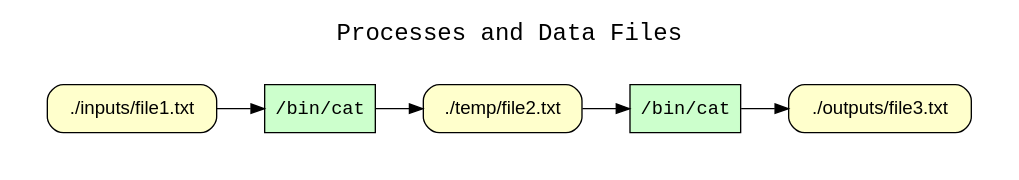
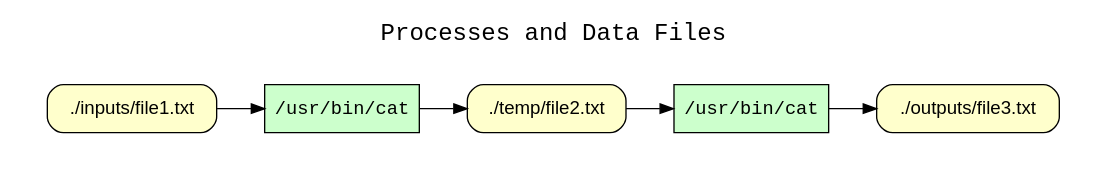
The diagram in examples/07-two-step-pipeline/graphs.d/wt_processes_and_data_files.dot (CIRSS/cpr), drawn with Graphviz before and after one commit. The commit also changed 65 other files, not shown here.

```diff
--- a/examples/07-two-step-pipeline/graphs.d/wt_processes_and_data_files.dot
+++ b/examples/07-two-step-pipeline/graphs.d/wt_processes_and_data_files.dot
@@ -1,20 +1,20 @@
 
 digraph wt_run {
 rankdir=LR
 fontname=Courier; fontsize=18; labelloc=t
 label="Processes and Data Files"
 subgraph cluster_inputs { label=""; color=white; penwidth=0
 subgraph cluster_inputs_inner { label=""; color=white
 node[shape=box style="filled" fillcolor="#CCFFCC" peripheries=1 fontname=Courier]
-"exe:e3" [label="/bin/cat"]
-"exe:e2" [label="/bin/cat"]
+"exe:e3" [label="/usr/bin/cat"]
+"exe:e2" [label="/usr/bin/cat"]
 node[shape=box style="rounded,filled" fillcolor="#FFFFCC" peripheries=1 fontname=Helvetica]
 "access:i16" [label="./outputs/file3.txt"]
 "access:i15" [label="./inputs/file1.txt"]
-"access:i10" [label="./temp/file2.txt"]
+"access:i9" [label="./temp/file2.txt"]
 "exe:e3" -> "access:i16"
-"exe:e2" -> "access:i10"
-"access:i10" -> "exe:e3"
+"exe:e2" -> "access:i9"
+"access:i9" -> "exe:e3"
 "access:i15" -> "exe:e2"
 }}
 }
```
